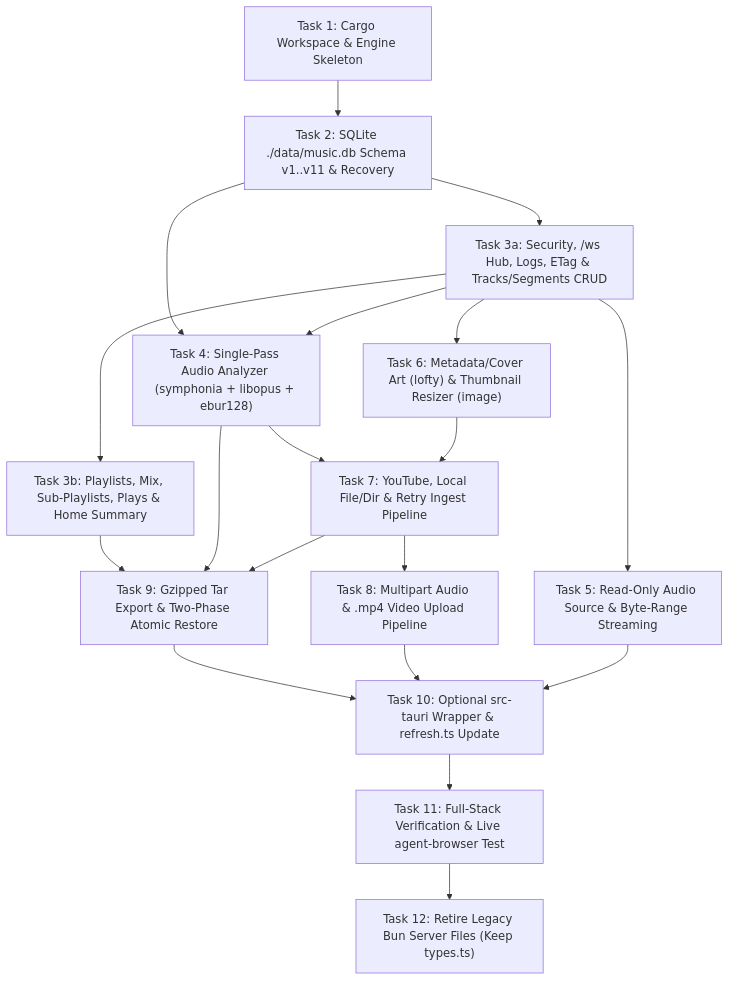
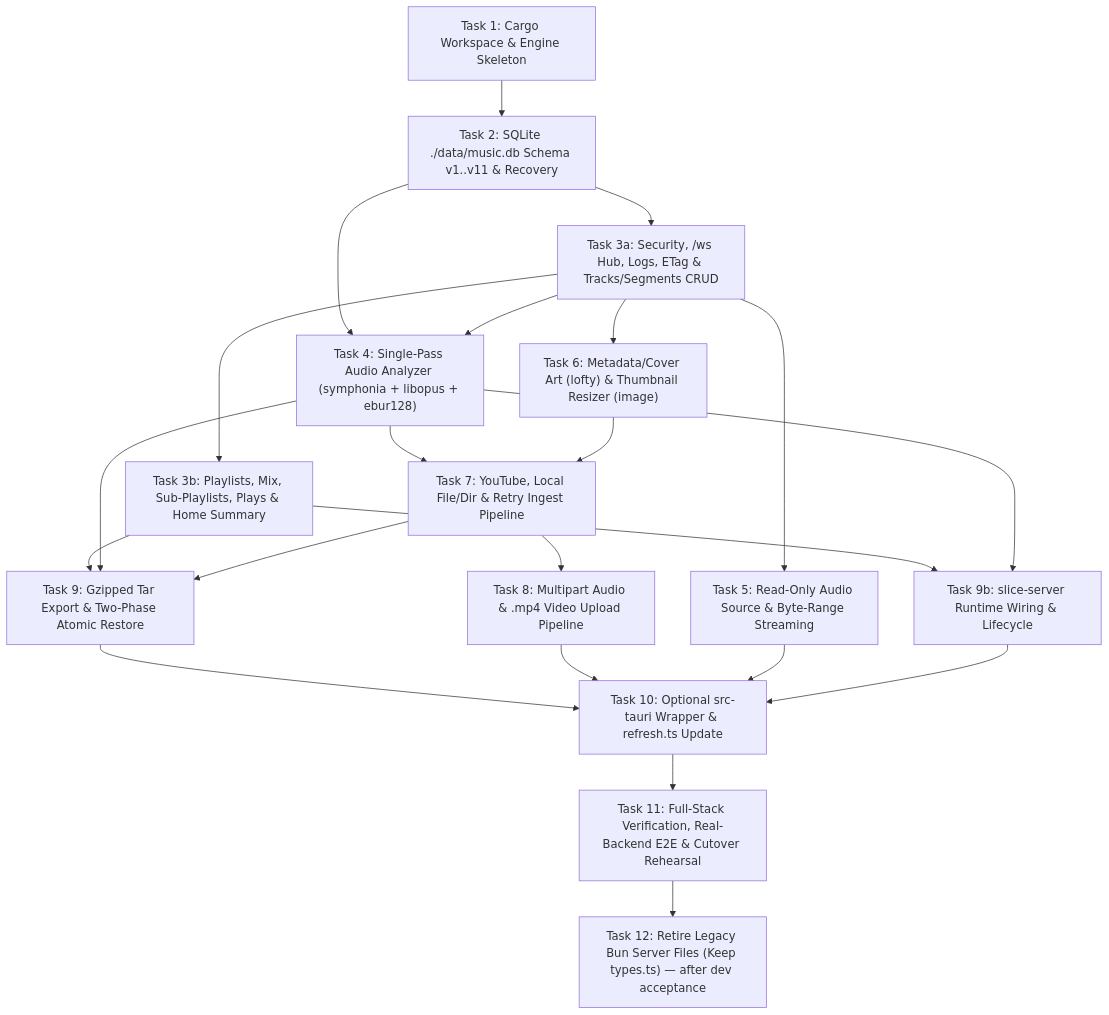
The diagram in tasks/plan.md (Gohans1/slice-player), drawn with Mermaid before and after one commit. The commit also changed other lines of this file and 1 other file, not shown here.

Commit message:
docs(plan): address review — real legacy migration fixture, ffmpeg loudness parity, runtime wiring task, real-backend e2e, cutover rollback

````diff
--- a/tasks/plan.md
+++ b/tasks/plan.md
@@ -387,21 +416,24 @@
 ```mermaid
 flowchart TD
     T1["Task 1: Cargo Workspace & Engine Skeleton"] --> T2["Task 2: SQLite ./data/music.db Schema v1..v11 & Recovery"]
     T2 --> T3A["Task 3a: Security, /ws Hub, Logs, ETag & Tracks/Segments CRUD"]
     T3A --> T3B["Task 3b: Playlists, Mix, Sub-Playlists, Plays & Home Summary"]
     T2 --> T4["Task 4: Single-Pass Audio Analyzer (symphonia + libopus + ebur128)"]
     T3A --> T4
     T3A --> T5["Task 5: Read-Only Audio Source & Byte-Range Streaming"]
     T3A --> T6["Task 6: Metadata/Cover Art (lofty) & Thumbnail Resizer (image)"]
     T4 --> T7["Task 7: YouTube, Local File/Dir & Retry Ingest Pipeline"]
     T6 --> T7
     T7 --> T8["Task 8: Multipart Audio & .mp4 Video Upload Pipeline"]
     T3B --> T9["Task 9: Gzipped Tar Export & Two-Phase Atomic Restore"]
     T4 --> T9
     T7 --> T9
     T9 --> T10["Task 10: Optional src-tauri Wrapper & refresh.ts Update"]
     T8 --> T10
     T5 --> T10
-    T10 --> T11["Task 11: Full-Stack Verification & Live agent-browser Test"]
-    T11 --> T12["Task 12: Retire Legacy Bun Server Files (Keep types.ts)"]
+    T3B --> T9B["Task 9b: slice-server Runtime Wiring & Lifecycle"]
+    T4 --> T9B
+    T9B --> T10
+    T10 --> T11["Task 11: Full-Stack Verification, Real-Backend E2E & Cutover Rehearsal"]
+    T11 --> T12["Task 12: Retire Legacy Bun Server Files (Keep types.ts) — after dev acceptance"]
 ```
````
